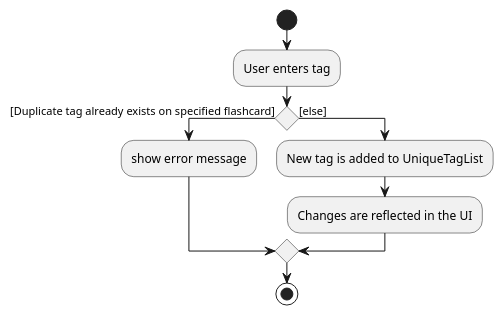
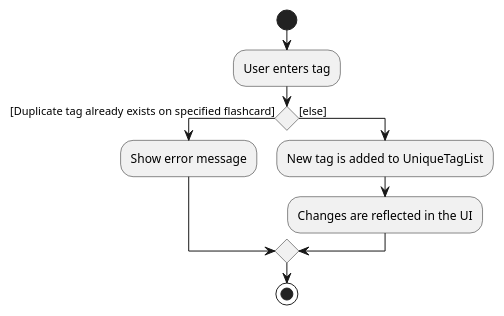
Before and after one commit to nus-cs2103-AY2021S2/tp: the diagram in docs/diagrams/NewTagActivityDiagram.puml, drawn with PlantUML. The commit also changed 4 other files, not shown here.

```diff
--- a/docs/diagrams/NewTagActivityDiagram.puml
+++ b/docs/diagrams/NewTagActivityDiagram.puml
@@ -1,15 +1,15 @@
 @startuml
 start
 :User enters tag;
 
 'Since the beta syntax does not support placing the condition outside the
 'diamond we place it as the true branch instead.
 
 if () then ([Duplicate tag already exists on specified flashcard])
-    :show error message;
+    :Show error message;
 else ([else])
     :New tag is added to UniqueTagList;
     :Changes are reflected in the UI;
 endif
 stop
 @enduml
```
